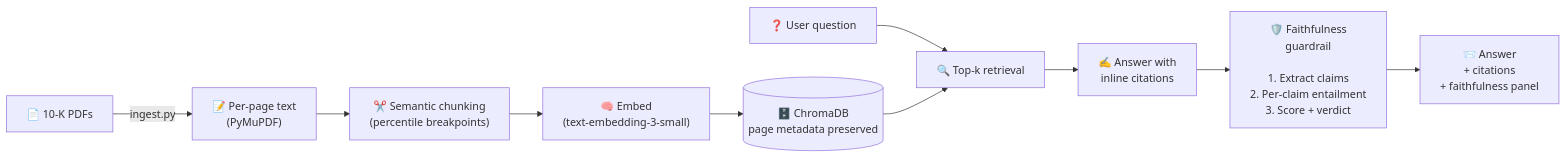
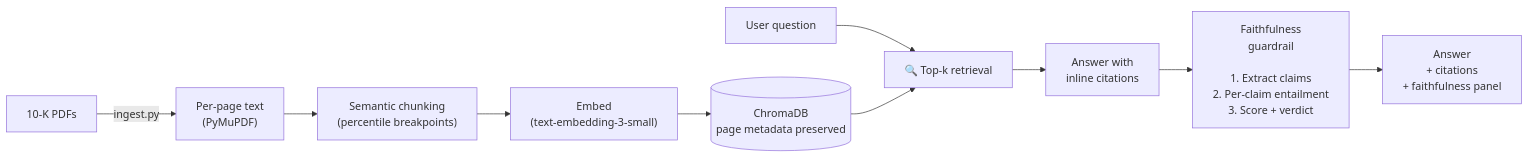
Before and after one commit to ghaderimaryam/financial-qa: the diagram in README.md, drawn with Mermaid. The commit also changed other lines of this file, not shown here.

````diff
--- a/README.md
+++ b/README.md
@@ -34,13 +24,13 @@
 ```mermaid
 flowchart LR
-    PDFs["📄 10-K PDFs"] -->|ingest.py| EXTRACT["📝 Per-page text<br/>(PyMuPDF)"]
-    EXTRACT --> CHUNK["✂️ Semantic chunking<br/>(percentile breakpoints)"]
-    CHUNK --> EMBED["🧠 Embed<br/>(text-embedding-3-small)"]
-    EMBED --> DB[("🗄️ ChromaDB<br/>page metadata preserved")]
+    PDFs[" 10-K PDFs"] -->|ingest.py| EXTRACT[" Per-page text<br/>(PyMuPDF)"]
+    EXTRACT --> CHUNK[" Semantic chunking<br/>(percentile breakpoints)"]
+    CHUNK --> EMBED[" Embed<br/>(text-embedding-3-small)"]
+    EMBED --> DB[(" ChromaDB<br/>page metadata preserved")]
 
-    Q["❓ User question"] --> RET["🔍 Top-k retrieval"]
+    Q[" User question"] --> RET["🔍 Top-k retrieval"]
     DB --> RET
-    RET --> GEN["✍️ Answer with<br/>inline citations"]
-    GEN --> FAITH["🛡️ Faithfulness<br/>guardrail<br/><br/>1. Extract claims<br/>2. Per-claim entailment<br/>3. Score + verdict"]
-    FAITH --> OUT["📨 Answer<br/>+ citations<br/>+ faithfulness panel"]
+    RET --> GEN[" Answer with<br/>inline citations"]
+    GEN --> FAITH[" Faithfulness<br/>guardrail<br/><br/>1. Extract claims<br/>2. Per-claim entailment<br/>3. Score + verdict"]
+    FAITH --> OUT[" Answer<br/>+ citations<br/>+ faithfulness panel"]
 ```
````
